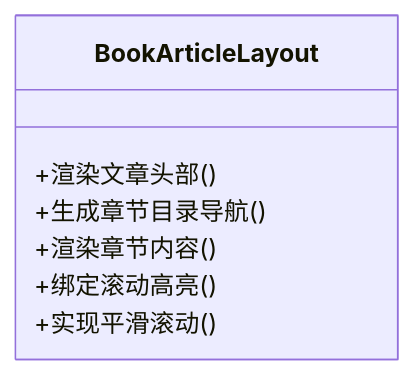
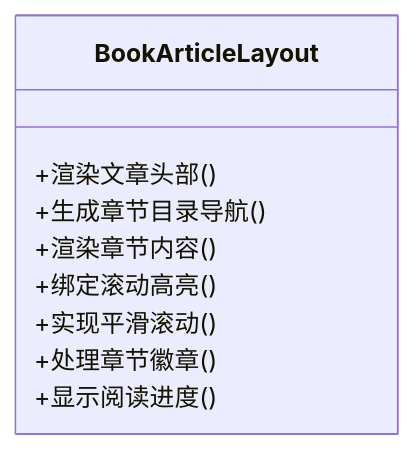
One commit to pizicaiman/pizicaiman.github.io changed the sixth of 8 diagrams in .qoder/repowiki/zh/content/内容管理/书籍管理系统.md. Above: the diagram before and after it, drawn with Mermaid. The commit also changed other lines of this file and 10 other files, not shown here.

````diff
--- a/.qoder/repowiki/zh/content/内容管理/书籍管理系统.md
+++ b/.qoder/repowiki/zh/content/内容管理/书籍管理系统.md
@@ -261,10 +311,12 @@
 ```mermaid
 classDiagram
 class BookArticleLayout {
 +渲染文章头部()
 +生成章节目录导航()
 +渲染章节内容()
 +绑定滚动高亮()
 +实现平滑滚动()
++处理章节徽章()
++显示阅读进度()
 }
 ```
````
